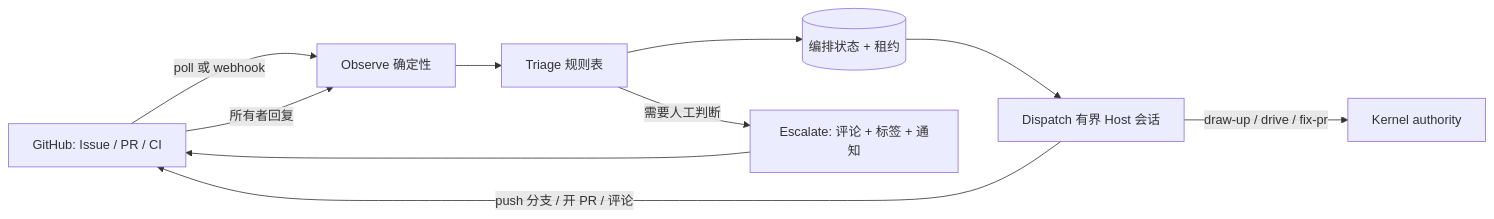
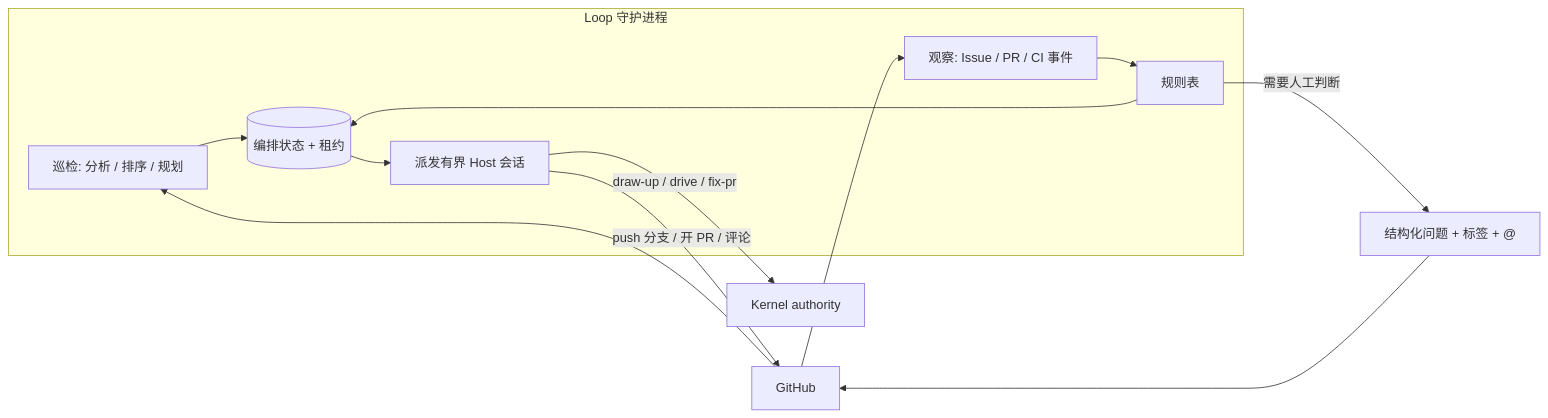
One commit to dereknex/immune-brain changed the diagram in docs/proposals/loop-agent.md. Above: the diagram before and after it, drawn with Mermaid. The commit also changed other lines of this file, not shown here.

First line of the commit message:
docs(proposals): Loop daemon with periodic Issue planning

````diff
--- a/docs/proposals/loop-agent.md
+++ b/docs/proposals/loop-agent.md
@@ -49,12 +74,15 @@
 ```mermaid
 flowchart LR
-    GH[GitHub: Issue / PR / CI] -->|poll 或 webhook| O[Observe 确定性]
-    O --> T[Triage 规则表]
-    T --> S[(编排状态 + 租约)]
-    S --> D[Dispatch 有界 Host 会话]
+    subgraph Daemon[Loop 守护进程]
+      SW[巡检: 分析 / 排序 / 规划] --> S[(编排状态 + 租约)]
+      O[观察: Issue / PR / CI 事件] --> T[规则表]
+      T --> S
+      S --> D[派发有界 Host 会话]
+    end
+    GH[GitHub] --> O
+    GH --> SW
     D -->|draw-up / drive / fix-pr| K[Kernel authority]
     D -->|push 分支 / 开 PR / 评论| GH
-    T -->|需要人工判断| H[Escalate: 评论 + 标签 + 通知]
+    T -->|需要人工判断| H[结构化问题 + 标签 + @]
     H --> GH
-    GH -->|所有者回复| O
 ```
````
